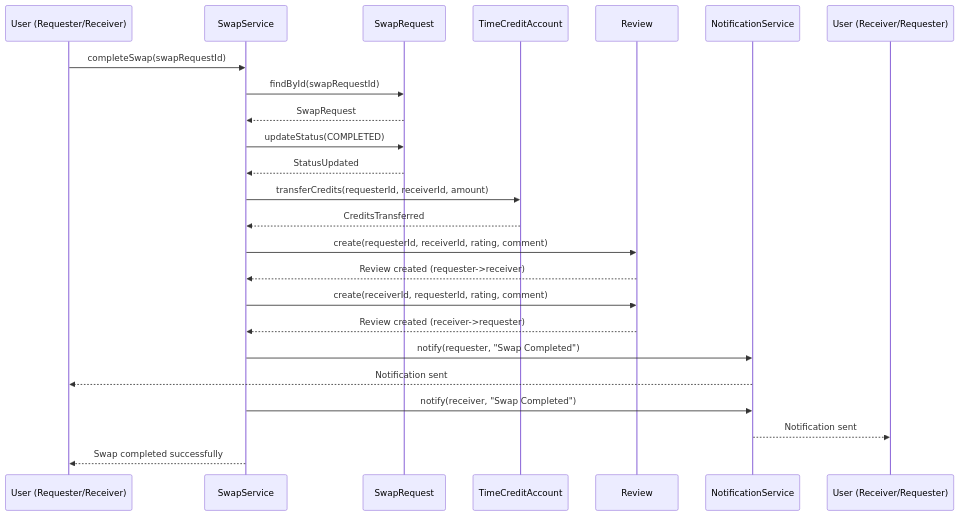
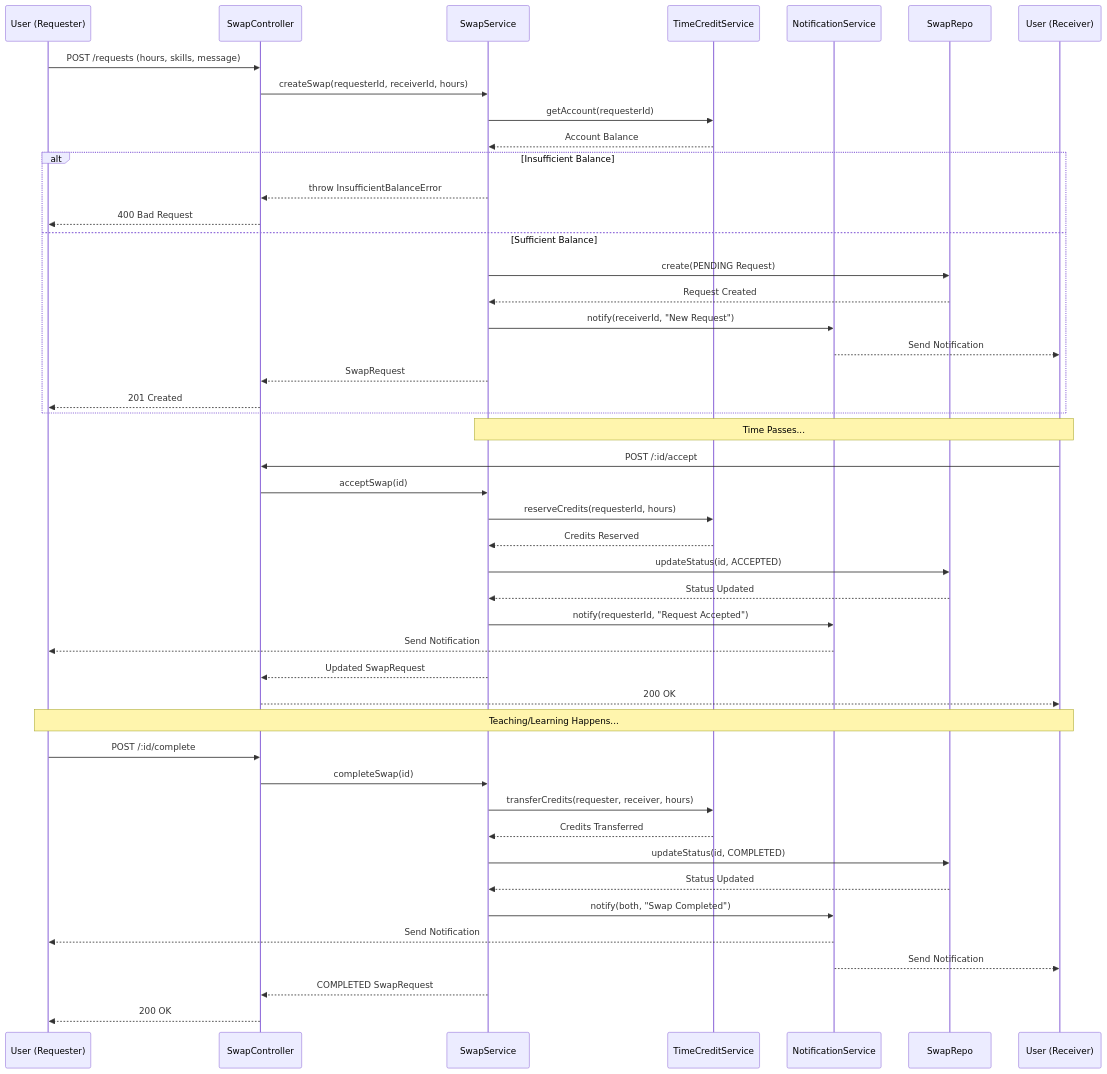
The diagram in docs/sequenceDiagram.md (KirtiGautam620/SkillBarter), drawn with Mermaid before and after one commit. The commit also changed other lines of this file and 4 other files, not shown here.

Commit message:
docs: add project idea and design diagrams (ER, UseCase, Class, Sequence)

````diff
--- a/docs/sequenceDiagram.md
+++ b/docs/sequenceDiagram.md
@@ -125,35 +7,53 @@
 ```mermaid
 sequenceDiagram
-    participant U as User (Requester/Receiver)
-    participant SS as SwapService
-    participant SR as SwapRequest
-    participant TCA as TimeCreditAccount
-    participant R as Review
+    participant U as User (Requester)
+    participant C as SwapController
+    participant S as SwapService
+    participant TCR as TimeCreditService
     participant NS as NotificationService
-    participant U2 as User (Receiver/Requester)
+    participant SR as SwapRepo
+    participant R as User (Receiver)
 
-    U->>SS: completeSwap(swapRequestId)
-    
-    SS->>SR: findById(swapRequestId)
-    SR-->>SS: SwapRequest
-    
-    SS->>SR: updateStatus(COMPLETED)
-    SR-->>SS: StatusUpdated
-    
-    SS->>TCA: transferCredits(requesterId, receiverId, amount)
-    TCA-->>SS: CreditsTransferred
-    
-    SS->>R: create(requesterId, receiverId, rating, comment)
-    R-->>SS: Review created (requester->receiver)
-    
-    SS->>R: create(receiverId, requesterId, rating, comment)
-    R-->>SS: Review created (receiver->requester)
-    
-    SS->>NS: notify(requester, "Swap Completed")
-    NS-->>U: Notification sent
-    
-    SS->>NS: notify(receiver, "Swap Completed")
-    NS-->>U2: Notification sent
-    
-    SS-->>U: Swap completed successfully
+    U->>C: POST /requests (hours, skills, message)
+    C->>S: createSwap(requesterId, receiverId, hours)
+    S->>TCR: getAccount(requesterId)
+    TCR-->>S: Account Balance
+    alt Insufficient Balance
+        S-->>C: throw InsufficientBalanceError
+        C-->>U: 400 Bad Request
+    else Sufficient Balance
+        S->>SR: create(PENDING Request)
+        SR-->>S: Request Created
+        S->>NS: notify(receiverId, "New Request")
+        NS-->>R: Send Notification
+        S-->>C: SwapRequest
+        C-->>U: 201 Created
+    end
+
+    Note over R,S: Time Passes...
+
+    R->>C: POST /:id/accept
+    C->>S: acceptSwap(id)
+    S->>TCR: reserveCredits(requesterId, hours)
+    TCR-->>S: Credits Reserved
+    S->>SR: updateStatus(id, ACCEPTED)
+    SR-->>S: Status Updated
+    S->>NS: notify(requesterId, "Request Accepted")
+    NS-->>U: Send Notification
+    S-->>C: Updated SwapRequest
+    C-->>R: 200 OK
+
+    Note over U,R: Teaching/Learning Happens...
+
+    U->>C: POST /:id/complete
+    C->>S: completeSwap(id)
+    S->>TCR: transferCredits(requester, receiver, hours)
+    TCR-->>S: Credits Transferred
+    S->>SR: updateStatus(id, COMPLETED)
+    SR-->>S: Status Updated
+    S->>NS: notify(both, "Swap Completed")
+    NS-->>U: Send Notification
+    NS-->>R: Send Notification
+    S-->>C: COMPLETED SwapRequest
+    C-->>U: 200 OK
 ```
````
